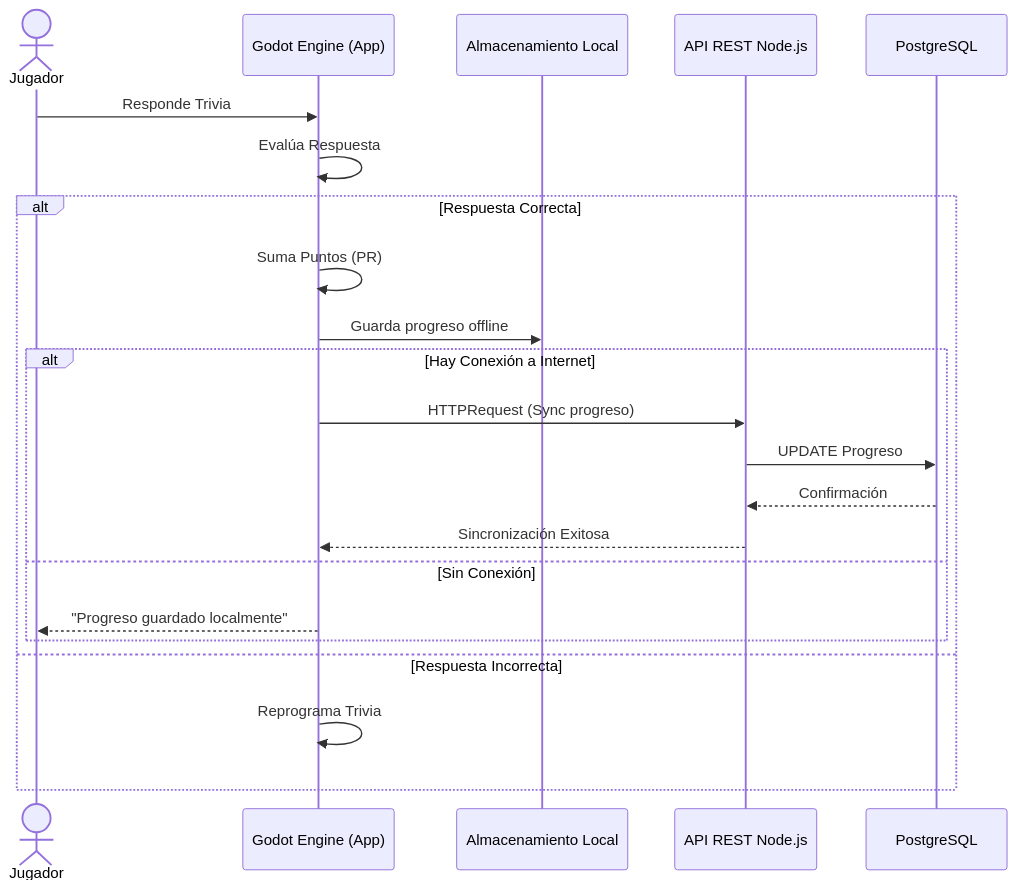
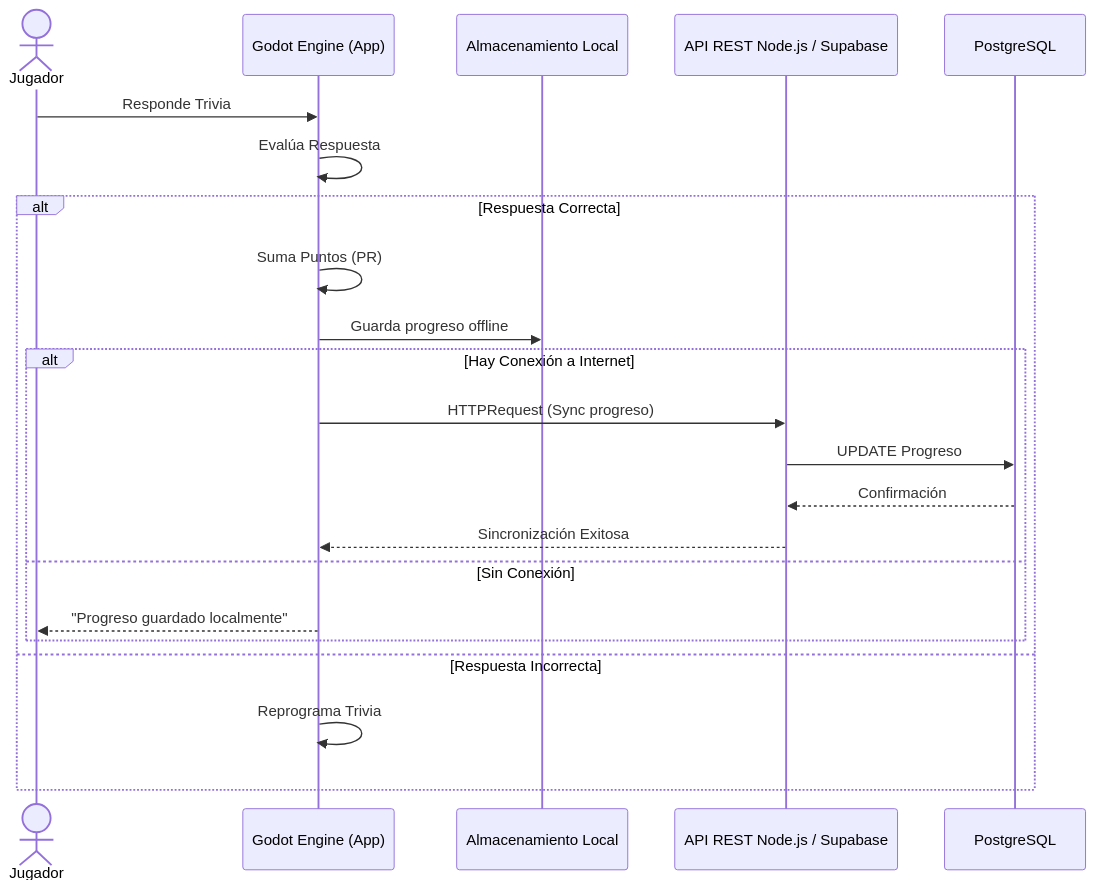
The fifth of 9 diagrams in Oses-Vllavicencio-INF4556-12_v2.md (German-Oses/Faunetra), drawn with Mermaid before and after one commit. The commit also changed other lines of this file and 10 other files, not shown here.

````diff
--- a/Oses-Vllavicencio-INF4556-12_v2.md
+++ b/Oses-Vllavicencio-INF4556-12_v2.md
@@ -546,25 +561,25 @@
 ```mermaid
 sequenceDiagram
     actor Jugador
     participant Godot as Godot Engine (App)
     participant Local as Almacenamiento Local
-    participant API as API REST Node.js
+    participant API as API REST Node.js / Supabase
     participant DB as PostgreSQL
     
     Jugador->>Godot: Responde Trivia
     Godot->>Godot: Evalúa Respuesta
     alt Respuesta Correcta
         Godot->>Godot: Suma Puntos (PR)
         Godot->>Local: Guarda progreso offline
         alt Hay Conexión a Internet
             Godot->>API: HTTPRequest (Sync progreso)
             API->>DB: UPDATE Progreso
             DB-->>API: Confirmación
             API-->>Godot: Sincronización Exitosa
         else Sin Conexión
             Godot-->>Jugador: "Progreso guardado localmente"
         end
     else Respuesta Incorrecta
         Godot->>Godot: Reprograma Trivia
     end
 ```
````
